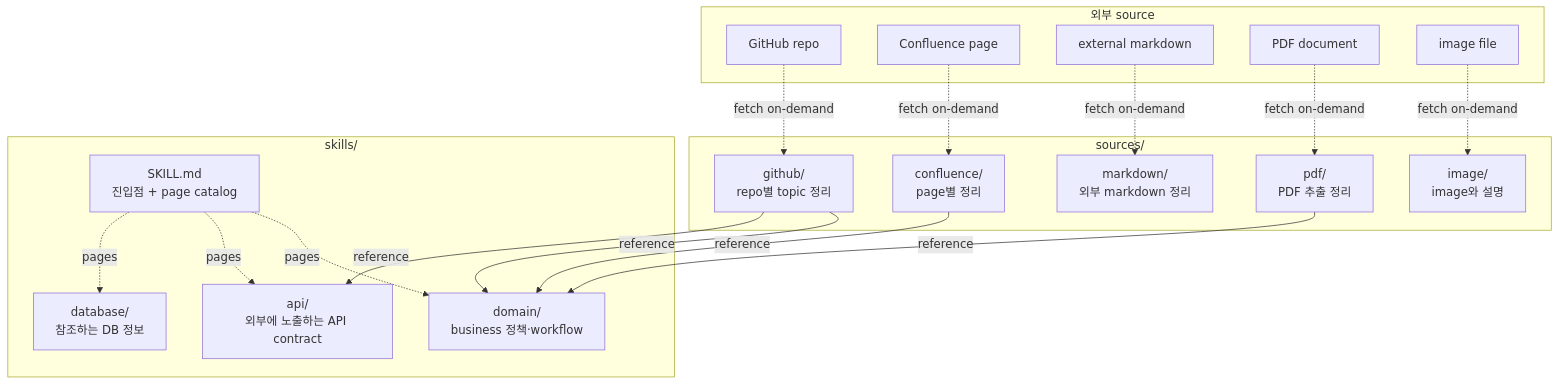
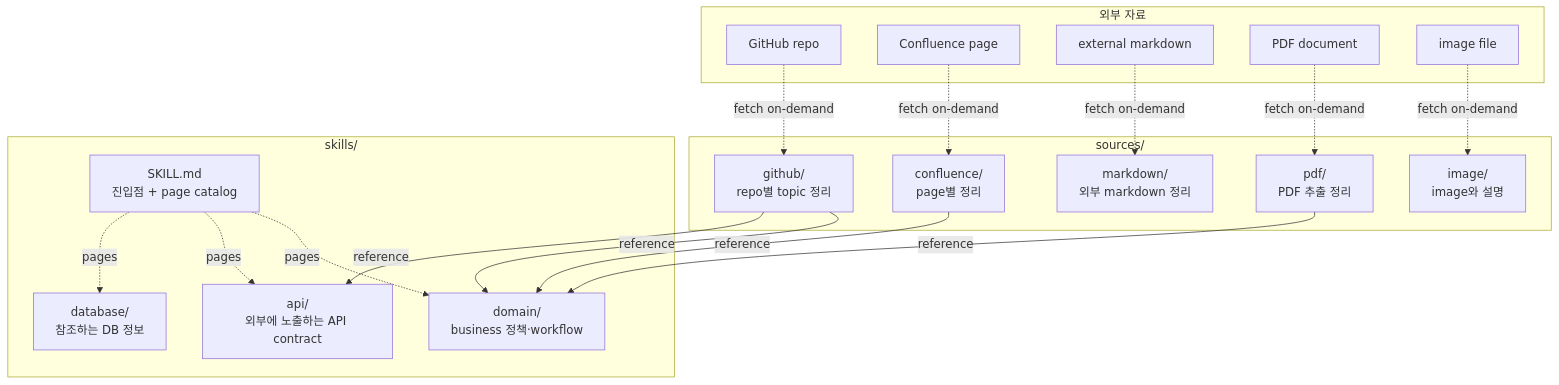
Before and after one commit to choesimin/choesimin.github.io: the second of 4 diagrams in collections/_notes/ai/llm-wiki/as-skill.md, drawn with Mermaid. The commit also changed other lines of this file, not shown here.

````diff
--- a/collections/_notes/ai/llm-wiki/as-skill.md
+++ b/collections/_notes/ai/llm-wiki/as-skill.md
@@ -118,40 +118,40 @@
 ```mermaid
 graph TB
-    subgraph external["외부 source"]
+    subgraph external["외부 자료"]
         ext_repo[GitHub repo]
         ext_conf[Confluence page]
         ext_md[external markdown]
         ext_pdf[PDF document]
         ext_img[image file]
     end
 
     subgraph sources_layer["sources/"]
         src_github["github/<br>repo별 topic 정리"]
         src_conf["confluence/<br>page별 정리"]
         src_md["markdown/<br>외부 markdown 정리"]
         src_pdf["pdf/<br>PDF 추출 정리"]
         src_img["image/<br>image와 설명"]
     end
 
     subgraph skills_layer["skills/"]
         skill_md["SKILL.md<br>진입점 + page catalog"]
         skill_domain["domain/<br>business 정책·workflow"]
         skill_api["api/<br>외부에 노출하는 API contract"]
         skill_db["database/<br>참조하는 DB 정보"]
     end
 
     ext_repo -.fetch on-demand.-> src_github
     ext_conf -.fetch on-demand.-> src_conf
     ext_md -.fetch on-demand.-> src_md
     ext_pdf -.fetch on-demand.-> src_pdf
     ext_img -.fetch on-demand.-> src_img
 
     src_github -->|reference| skill_domain
     src_conf -->|reference| skill_domain
     src_github -->|reference| skill_api
     src_pdf -->|reference| skill_domain
 
     skill_md -.pages.-> skill_domain
     skill_md -.pages.-> skill_api
     skill_md -.pages.-> skill_db
 ```
````
